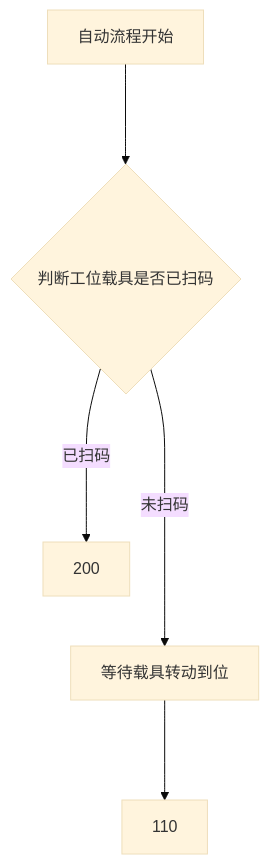
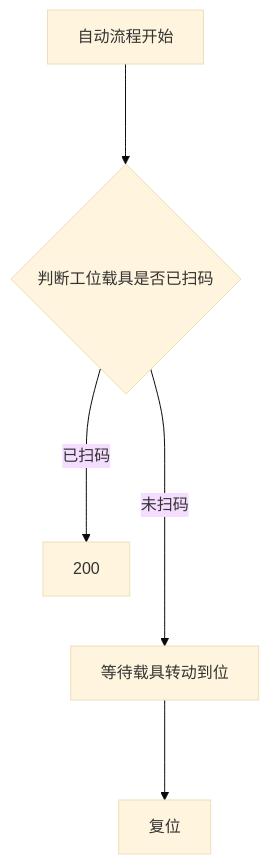
One commit to zmq000/iodraw-files changed the diagram in all/OP70工位2短回流工位.md. Above: the diagram before and after it, drawn with Mermaid (base theme).

Commit message:
2026-06-17 15:52:02 update

````diff
--- a/all/OP70工位2短回流工位.md
+++ b/all/OP70工位2短回流工位.md
@@ -1,10 +1,10 @@
 ```mermaid
 graph TD
 自动流程开始--->
 10{判断工位载具是否已扫码}--->|已扫码|200
 10---->|未扫码|100
 100[等待载具转动到位]--->110
-110
+110[复位]
 
   
 ```
````
